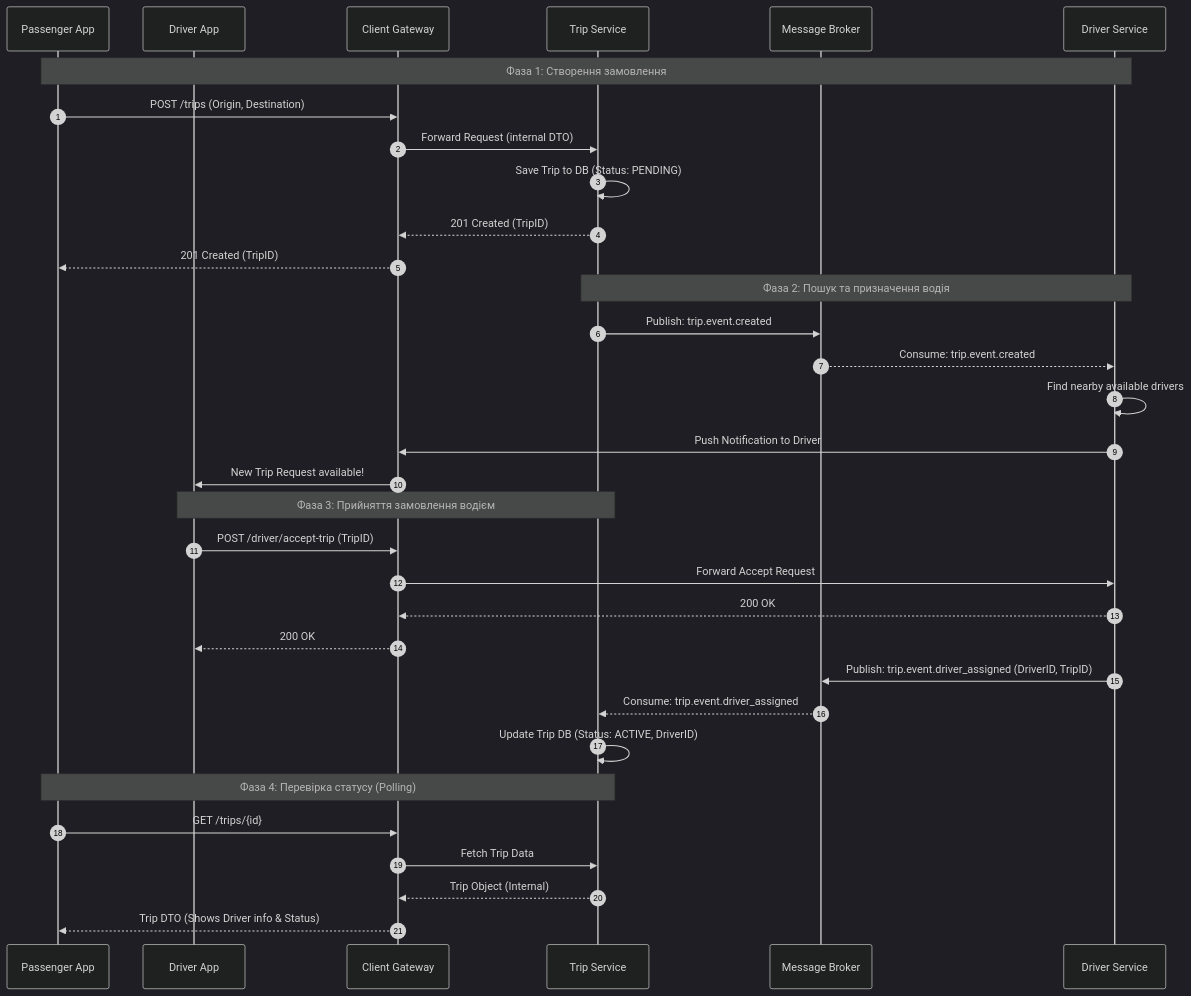
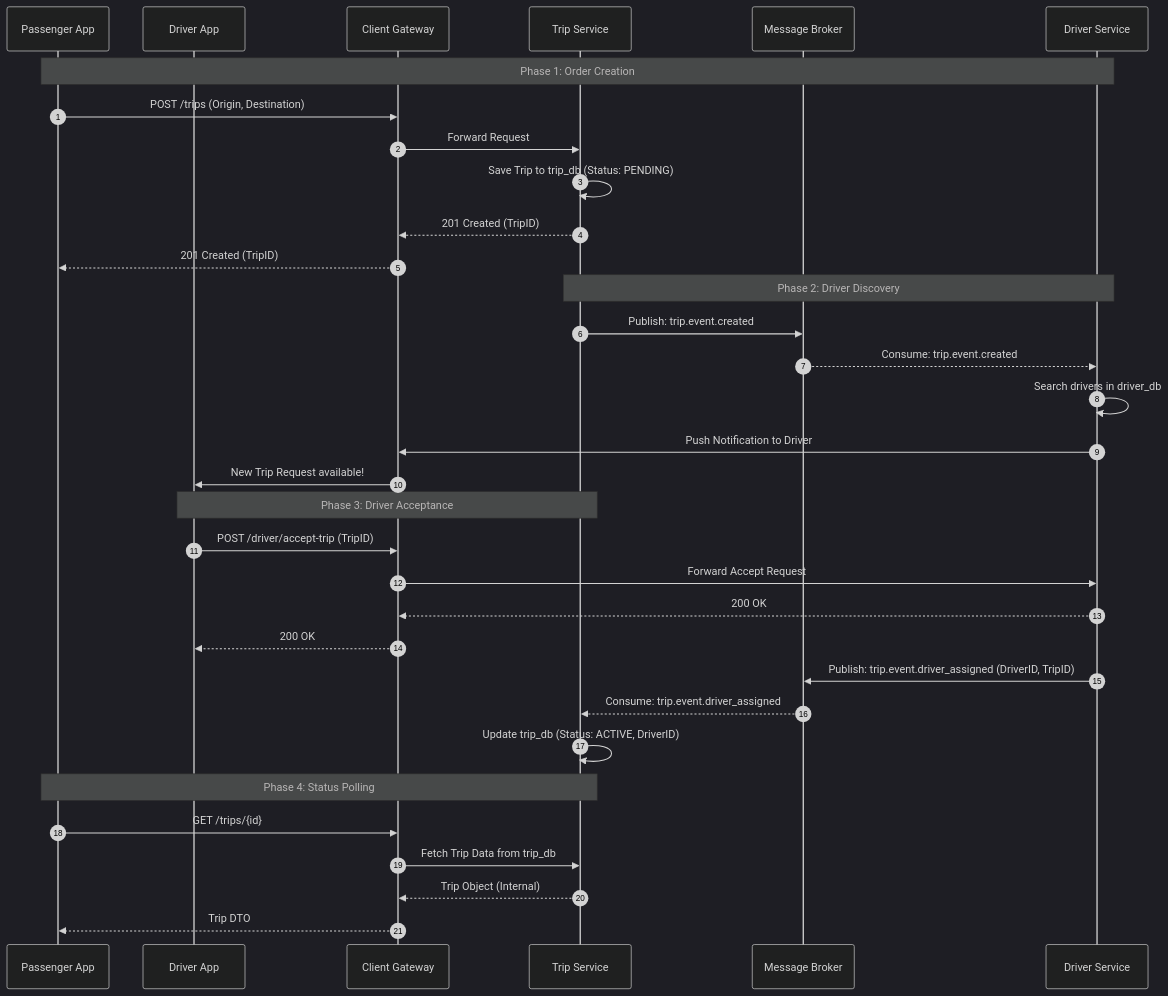
Before and after one commit to UA-4697-DevOps/drive-ops: the diagram in documentation/description.md, drawn with Mermaid (dark theme). The commit also changed other lines of this file, not shown here.

````diff
--- a/documentation/description.md
+++ b/documentation/description.md
@@ -1,40 +1,40 @@
 ```mermaid
 sequenceDiagram
     autonumber
     participant P as Passenger App
     participant D as Driver App
     participant CG as Client Gateway
     participant TS as Trip Service
     participant MB as Message Broker
     participant DS as Driver Service
 
-    Note over P, DS: Фаза 1: Створення замовлення
+    Note over P, DS: Phase 1: Order Creation
     P->>CG: POST /trips (Origin, Destination)
-    CG->>TS: Forward Request (internal DTO)
-    TS->>TS: Save Trip to DB (Status: PENDING)
+    CG->>TS: Forward Request
+    TS->>TS: Save Trip to trip_db (Status: PENDING)
     TS-->>CG: 201 Created (TripID)
     CG-->>P: 201 Created (TripID)
 
-    Note over TS, DS: Фаза 2: Пошук та призначення водія
+    Note over TS, DS: Phase 2: Driver Discovery
     TS->>MB: Publish: trip.event.created
     MB-->>DS: Consume: trip.event.created
-    DS->>DS: Find nearby available drivers
+    DS->>DS: Search drivers in driver_db
     DS->>CG: Push Notification to Driver
     CG->>D: New Trip Request available!
 
-    Note over D, TS: Фаза 3: Прийняття замовлення водієм
+    Note over D, TS: Phase 3: Driver Acceptance
     D->>CG: POST /driver/accept-trip (TripID)
     CG->>DS: Forward Accept Request
     DS-->>CG: 200 OK
     CG-->>D: 200 OK
     
     DS->>MB: Publish: trip.event.driver_assigned (DriverID, TripID)
     MB-->>TS: Consume: trip.event.driver_assigned
-    TS->>TS: Update Trip DB (Status: ACTIVE, DriverID)
+    TS->>TS: Update trip_db (Status: ACTIVE, DriverID)
 
-    Note over P, TS: Фаза 4: Перевірка статусу (Polling)
+    Note over P, TS: Phase 4: Status Polling
     P->>CG: GET /trips/{id}
-    CG->>TS: Fetch Trip Data
+    CG->>TS: Fetch Trip Data from trip_db
     TS-->>CG: Trip Object (Internal)
-    CG-->>P: Trip DTO (Shows Driver info & Status)
+    CG-->>P: Trip DTO
 ```
````
